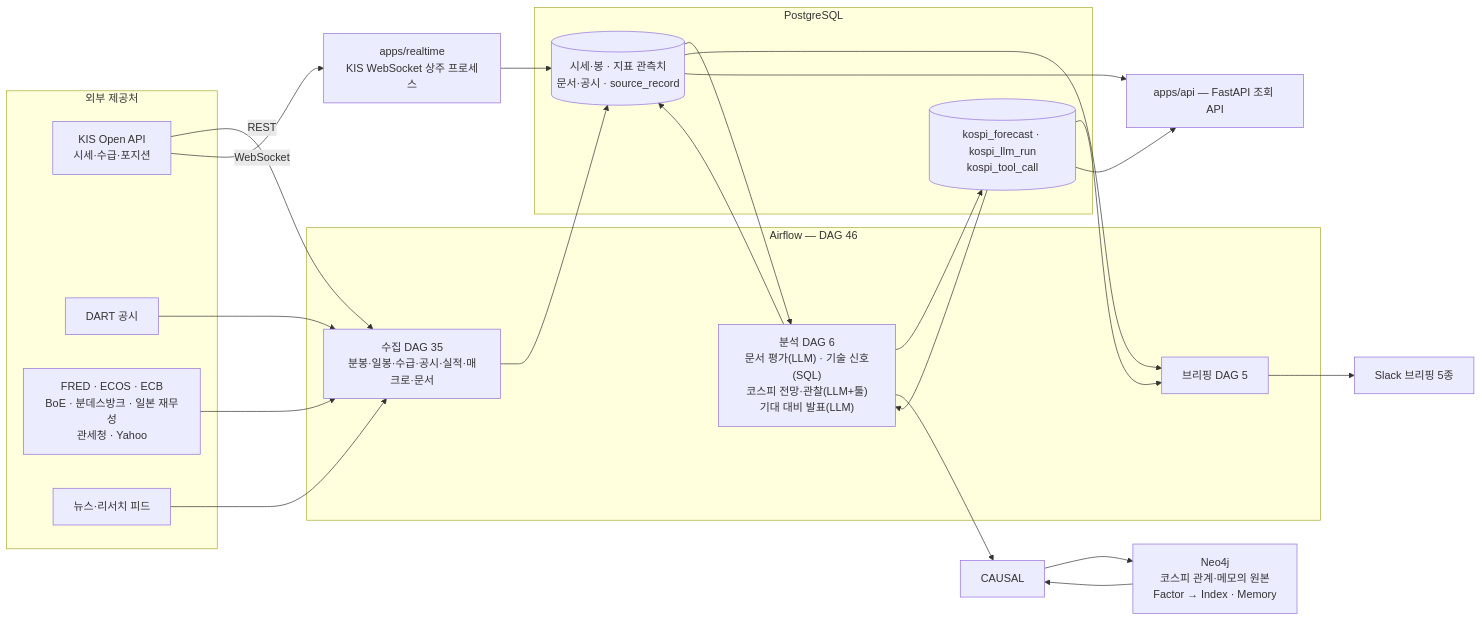
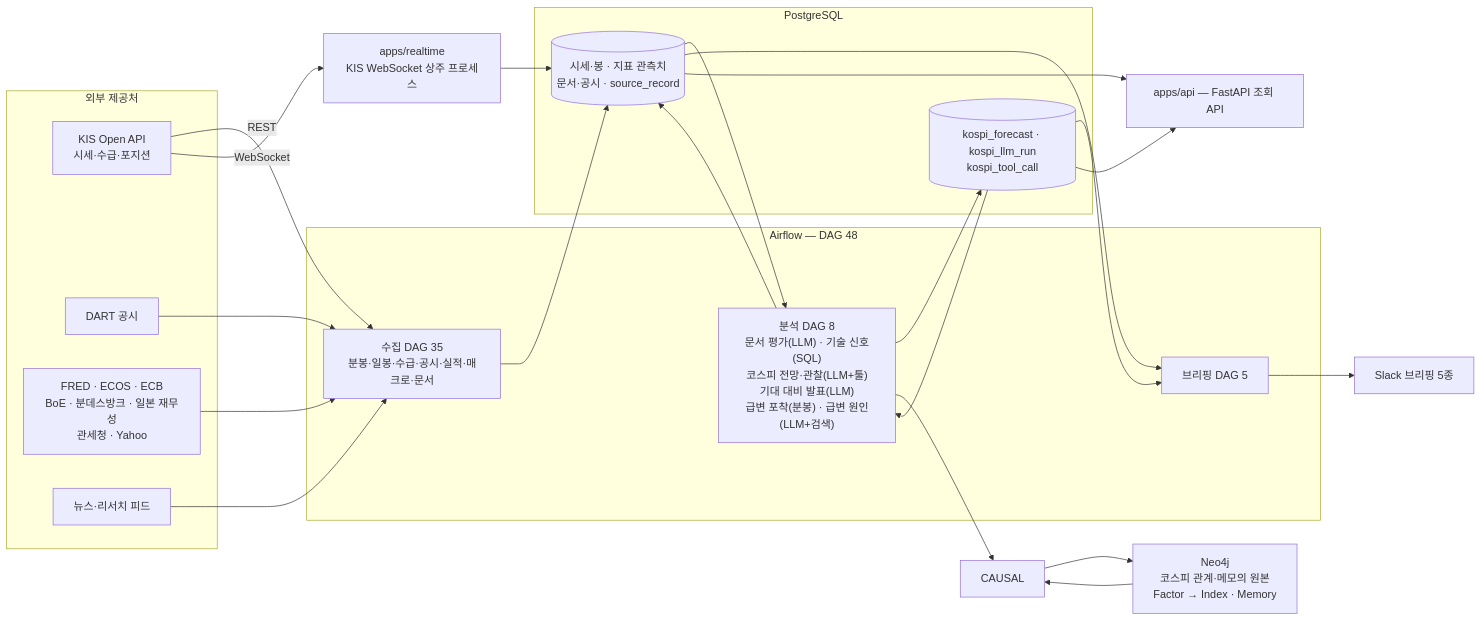
One commit to 6691a/finance changed the diagram in README.md. Above: the diagram before and after it, drawn with Mermaid. The commit also changed 36 other files, not shown here.

````diff
--- a/README.md
+++ b/README.md
@@ -29,49 +29,49 @@
 ```mermaid
 flowchart LR
     subgraph EXT["외부 제공처"]
         KIS["KIS Open API<br/>시세·수급·포지션"]
         DART["DART 공시"]
         MACRO["FRED · ECOS · ECB<br/>BoE · 분데스방크 · 일본 재무성<br/>관세청 · Yahoo"]
         FEED["뉴스·리서치 피드"]
     end
 
-    subgraph AF["Airflow — DAG 46"]
+    subgraph AF["Airflow — DAG 48"]
         COL["수집 DAG 35<br/>분봉·일봉·수급·공시·실적·매크로·문서"]
-        ANA["분석 DAG 6<br/>문서 평가(LLM) · 기술 신호(SQL)<br/>코스피 전망·관찰(LLM+툴)<br/>기대 대비 발표(LLM)"]
+        ANA["분석 DAG 8<br/>문서 평가(LLM) · 기술 신호(SQL)<br/>코스피 전망·관찰(LLM+툴)<br/>기대 대비 발표(LLM)<br/>급변 포착(분봉) · 급변 원인(LLM+검색)"]
         BRF["브리핑 DAG 5"]
     end
 
     RT["apps/realtime<br/>KIS WebSocket 상주 프로세스"]
 
     subgraph DB["PostgreSQL"]
         FACT[("시세·봉 · 지표 관측치<br/>문서·공시 · source_record")]
         THESIS[("kospi_forecast · kospi_llm_run<br/>kospi_tool_call")]
     end
 
     GRAPH["Neo4j<br/>코스피 관계·메모의 원본<br/>Factor → Index · Memory"]
 
     SLACK["Slack 브리핑 5종"]
     API["apps/api — FastAPI 조회 API"]
 
     KIS -->|REST| COL
     DART --> COL
     MACRO --> COL
     FEED --> COL
     KIS -->|WebSocket| RT
 
     COL --> FACT
     RT --> FACT
     FACT --> ANA
     ANA --> FACT
     ANA --> THESIS
     THESIS --> ANA
     ANA --> CAUSAL
     CAUSAL --> GRAPH
     GRAPH --> CAUSAL
 
     FACT --> BRF
     THESIS --> BRF
     BRF --> SLACK
     THESIS --> API
     FACT --> API
 ```
````
